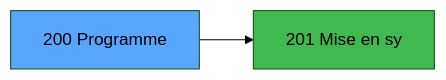
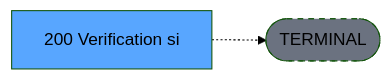
Before and after one commit to thonyAGP/lecteur-magic: the third of 3 diagrams in .openspec/specs/ADH-IDE-200.md, drawn with Mermaid (forest theme). The commit also changed other lines of this file and 701 other files, not shown here.

````diff
--- a/.openspec/specs/ADH-IDE-200.md
+++ b/.openspec/specs/ADH-IDE-200.md
@@ -137,8 +134,8 @@
 ```mermaid
 graph LR
-    T[200 Programme]
-    C201[201   Mise en sy]
-    T --> C201
+    T[200 Verification si]
+    TERM([TERMINAL])
+    T -.-> TERM
+    style TERM fill:#6b7280,stroke-dasharray: 5 5
     style T fill:#58a6ff,color:#000
-    style C201 fill:#3fb950
 ```
````
